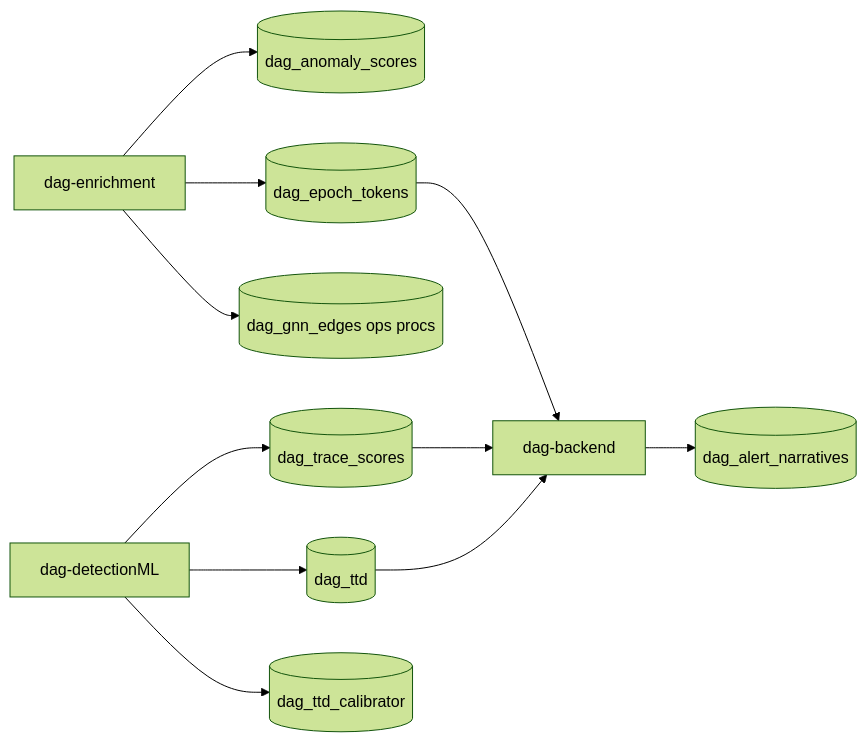
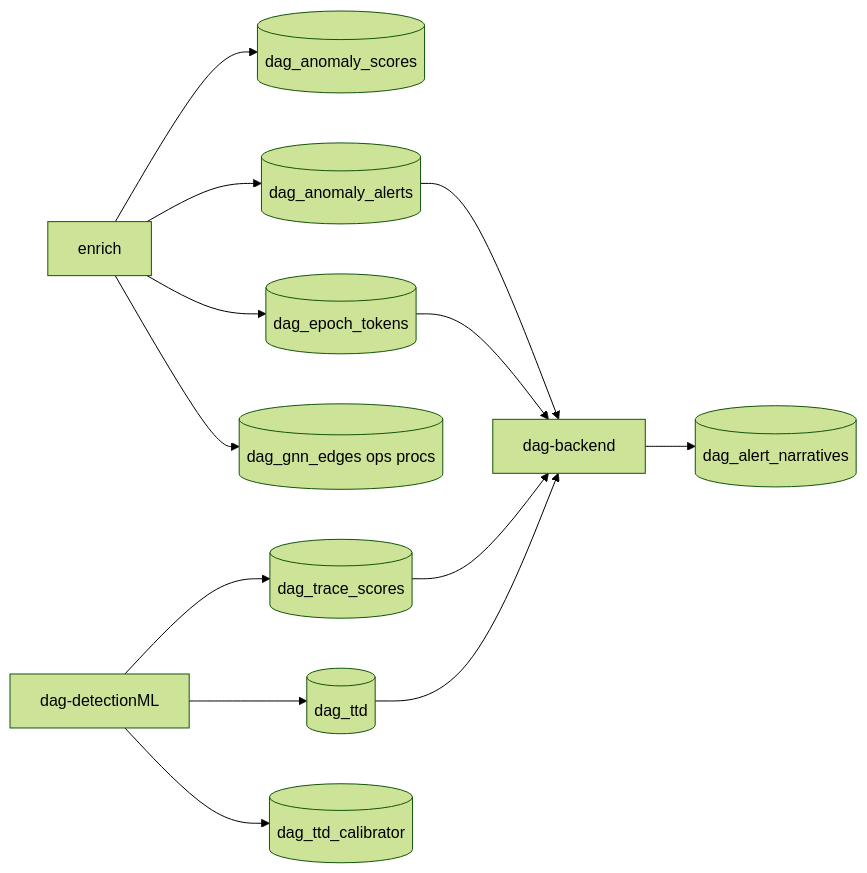
One commit to hilt-ai/docs changed the diagram in dev/detection-ml/data-contracts.mdx. Above: the diagram before and after it, drawn with Mermaid (forest theme). The commit also changed other lines of this file and 44 other files, not shown here.

````diff
--- a/dev/detection-ml/data-contracts.mdx
+++ b/dev/detection-ml/data-contracts.mdx
@@ -11,13 +11,15 @@
 ```mermaid
 flowchart LR
-  enrich[dag-enrichment] --> scores[(dag_anomaly_scores)]
+  enrich --> scores[(dag_anomaly_scores)]
+  enrich --> alerts[(dag_anomaly_alerts)]
   enrich --> tokens[(dag_epoch_tokens)]
   enrich --> gnn[(dag_gnn_edges ops procs)]
   ml[dag-detectionML] --> trace[(dag_trace_scores)]
   ml --> ttd[(dag_ttd)]
   ml --> cal[(dag_ttd_calibrator)]
   trace --> backend[dag-backend]
+  alerts --> backend
   tokens --> backend
   ttd --> backend
   backend --> narr[(dag_alert_narratives)]
 ```
````
